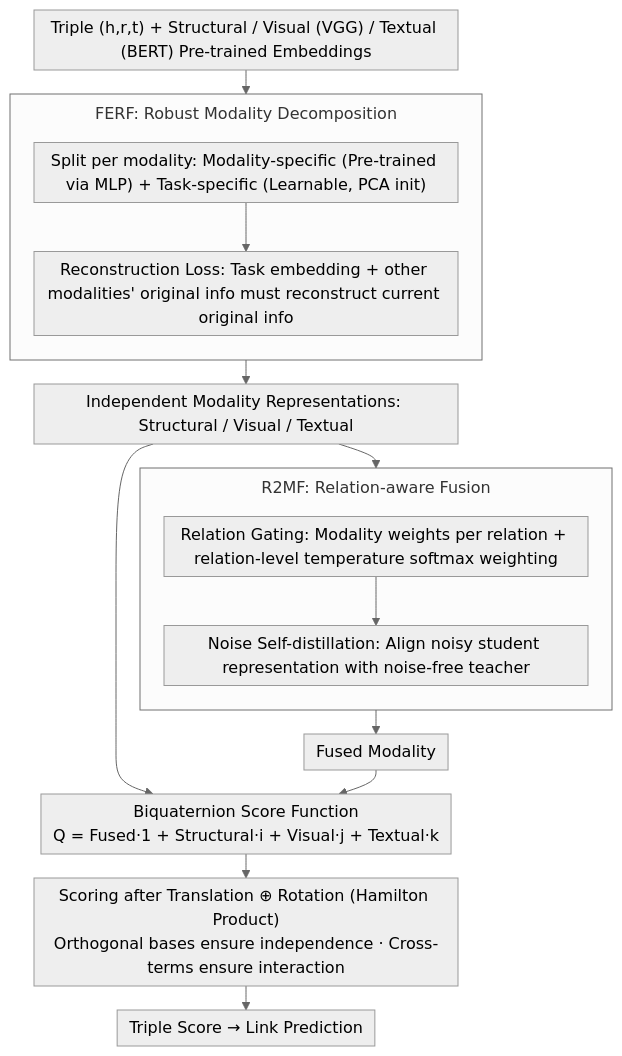
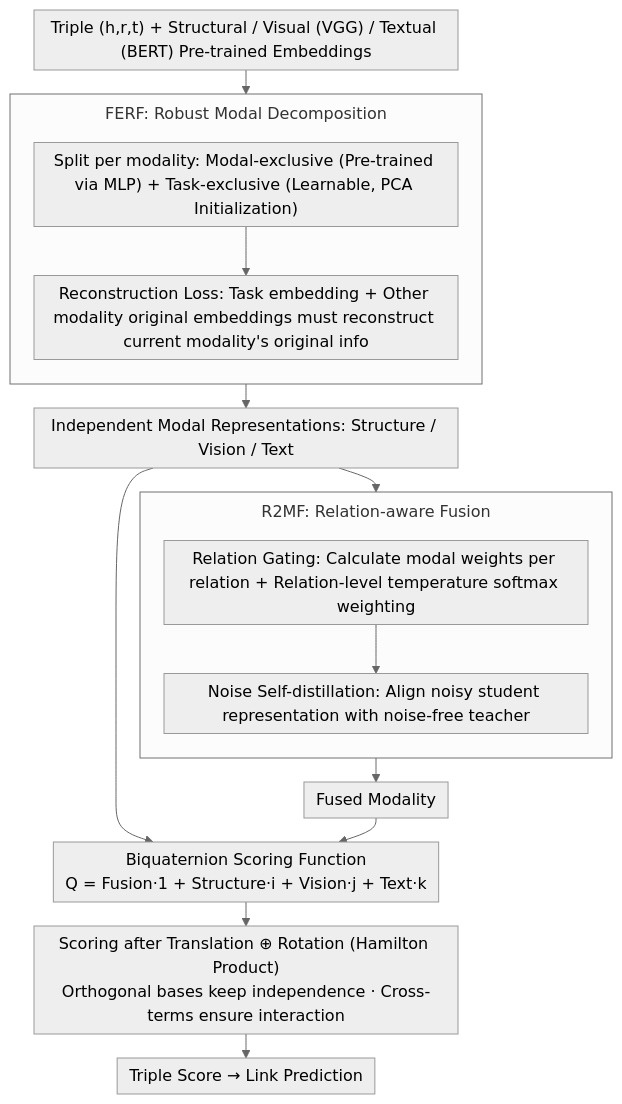
The diagram in docs/ACL2026/graph_learning/collaboration_of_fusion_and_independence_hypercomplex-driven_robust_multi-modal_.md (zhaoyang97/Paper-Notes-en), drawn with Mermaid (neutral theme) before and after one commit. The commit also changed other lines of this file and 5084 other files, not shown here.

````diff
--- a/docs/ACL2026/graph_learning/collaboration_of_fusion_and_independence_hypercomplex-driven_robust_multi-modal_.md
+++ b/docs/ACL2026/graph_learning/collaboration_of_fusion_and_independence_hypercomplex-driven_robust_multi-modal_.md
@@ -41,26 +41,26 @@
 ```mermaid
 %%{init: {'flowchart': {'rankSpacing': 24, 'nodeSpacing': 28, 'padding': 6, 'wrappingWidth': 400, 'subGraphTitleMargin': {'top': 8, 'bottom': 16}}}}%%
 flowchart TD
     IN["Triple (h,r,t) + Structural / Visual (VGG) / Textual (BERT) Pre-trained Embeddings"]
-    subgraph FERF["FERF: Robust Modality Decomposition"]
+    subgraph FERF["FERF: Robust Modal Decomposition"]
         direction TB
-        F1["Split per modality: Modality-specific (Pre-trained via MLP) + Task-specific (Learnable, PCA init)"]
-        F2["Reconstruction Loss: Task embedding + other modalities' original info must reconstruct current original info"]
+        F1["Split per modality: Modal-exclusive (Pre-trained via MLP) + Task-exclusive (Learnable, PCA Initialization)"]
+        F2["Reconstruction Loss: Task embedding + Other modality original embeddings must reconstruct current modality's original info"]
         F1 --> F2
     end
     IN --> FERF
-    FERF --> IND["Independent Modality Representations: Structural / Visual / Textual"]
+    FERF --> IND["Independent Modal Representations: Structure / Vision / Text"]
     subgraph R2MF["R2MF: Relation-aware Fusion"]
         direction TB
-        R1["Relation Gating: Modality weights per relation + relation-level temperature softmax weighting"]
+        R1["Relation Gating: Calculate modal weights per relation + Relation-level temperature softmax weighting"]
         R2["Noise Self-distillation: Align noisy student representation with noise-free teacher"]
         R1 --> R2
     end
     IND --> R2MF
     R2MF --> FUS["Fused Modality"]
-    BIQ["Biquaternion Score Function<br/>Q = Fused·1 + Structural·i + Visual·j + Textual·k"]
+    BIQ["Biquaternion Scoring Function<br/>Q = Fusion·1 + Structure·i + Vision·j + Text·k"]
     IND --> BIQ
     FUS --> BIQ
-    BIQ --> SCORE["Scoring after Translation ⊕ Rotation (Hamilton Product)<br/>Orthogonal bases ensure independence · Cross-terms ensure interaction"]
+    BIQ --> SCORE["Scoring after Translation ⊕ Rotation (Hamilton Product)<br/>Orthogonal bases keep independence · Cross-terms ensure interaction"]
     SCORE --> OUT["Triple Score → Link Prediction"]
 ```
````
